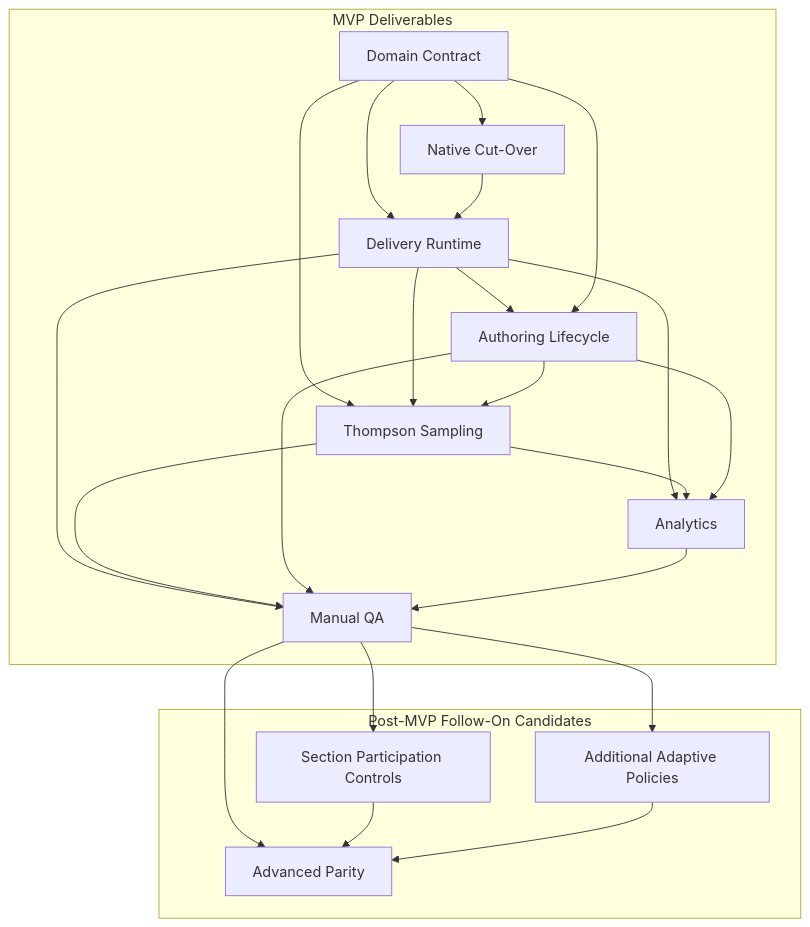
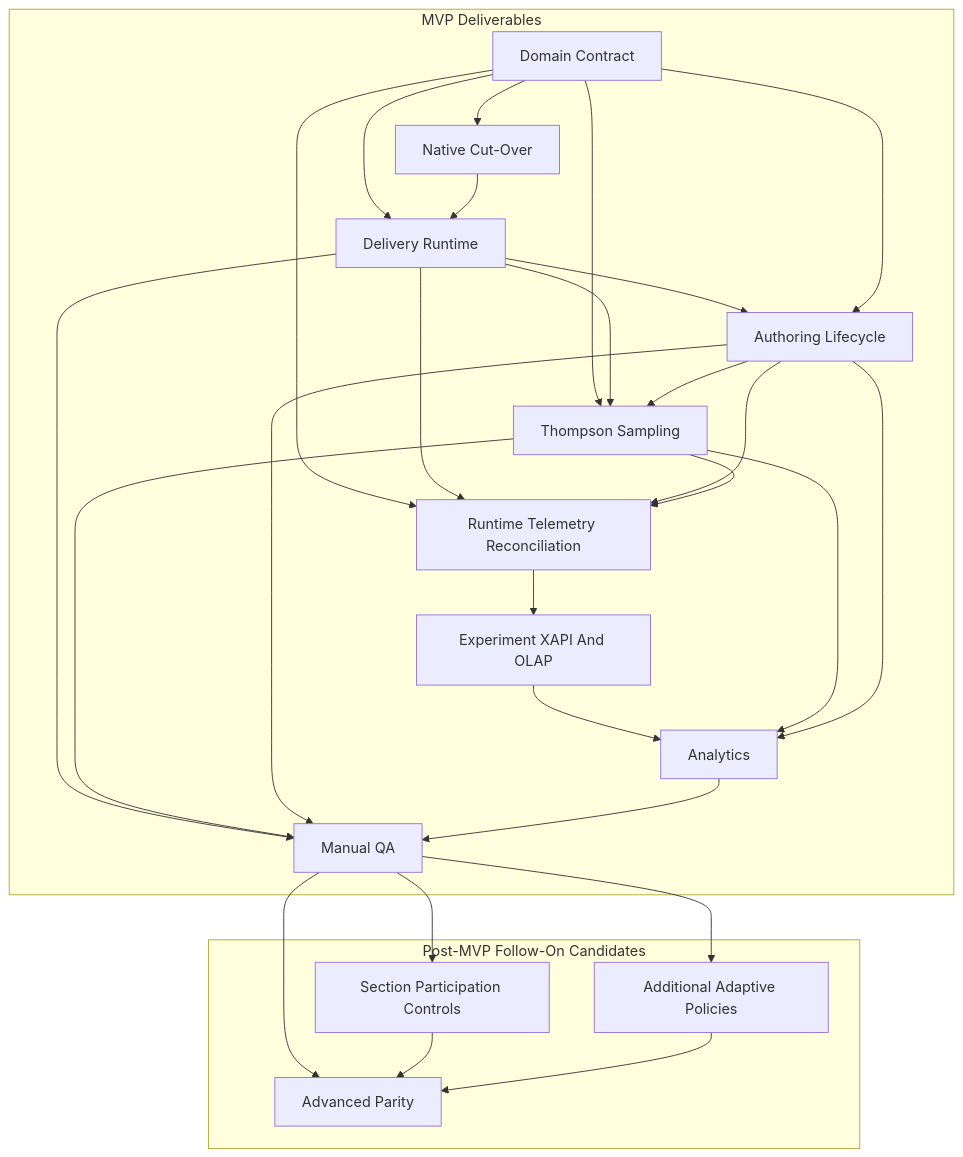
The diagram in docs/exec-plans/current/epics/ab_testing/plan.md (Simon-Initiative/oli-torus), drawn with Mermaid before and after one commit. The commit also changed other lines of this file and 16 other files, not shown here.

````diff
--- a/docs/exec-plans/current/epics/ab_testing/plan.md
+++ b/docs/exec-plans/current/epics/ab_testing/plan.md
@@ -437,39 +518,46 @@
 ```mermaid
 flowchart TD
   subgraph MVP["MVP Deliverables"]
   DOMAIN["Domain Contract"]
   CUTOVER["Native Cut-Over"]
   DELIVERY["Delivery Runtime"]
   TS["Thompson Sampling"]
   AUTHORING["Authoring Lifecycle"]
+  RECONCILE["Runtime Telemetry Reconciliation"]
+  OLAP["Experiment XAPI And OLAP"]
   ANALYTICS["Analytics"]
   QA["Manual QA"]
   end
 
   subgraph FOLLOWON["Post-MVP Follow-On Candidates"]
   ADAPTIVE["Additional Adaptive Policies"]
   PARITY["Advanced Parity"]
   PARTICIPATION["Section Participation Controls"]
   end
 
   DOMAIN --> CUTOVER
   DOMAIN --> DELIVERY
   CUTOVER --> DELIVERY
   DELIVERY --> AUTHORING
   DOMAIN --> AUTHORING
   DOMAIN --> TS
   DELIVERY --> TS
   AUTHORING --> TS
-  DELIVERY --> ANALYTICS
+  DOMAIN --> RECONCILE
+  DELIVERY --> RECONCILE
+  AUTHORING --> RECONCILE
+  TS --> RECONCILE
+  RECONCILE --> OLAP
+  OLAP --> ANALYTICS
   TS --> ANALYTICS
   AUTHORING --> ANALYTICS
   DELIVERY --> QA
   TS --> QA
   AUTHORING --> QA
   ANALYTICS --> QA
   QA --> ADAPTIVE
   QA --> PARTICIPATION
   QA --> PARITY
   PARTICIPATION --> PARITY
   ADAPTIVE --> PARITY
 ```
````
